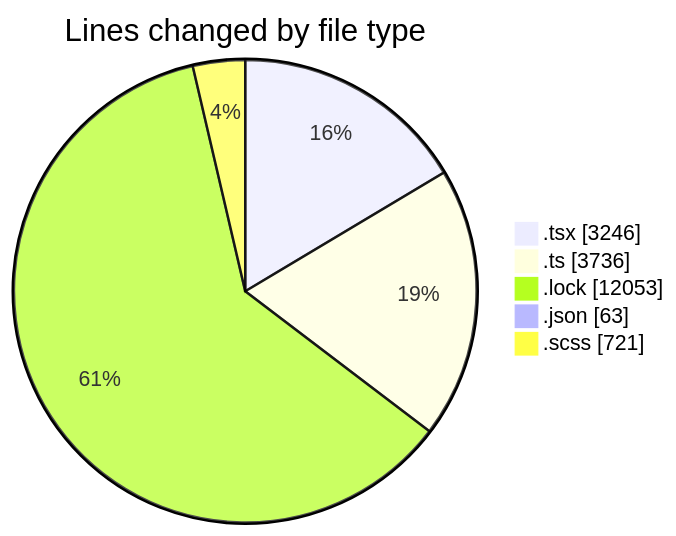
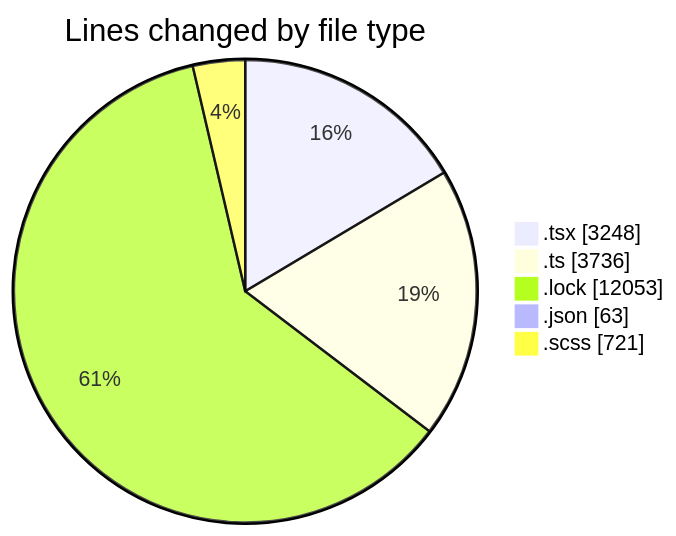
The first of 2 diagrams in 2025-12-03/cda/README.md (momahboobian/code-tracking), drawn with Mermaid before and after one commit. The commit also changed other lines of this file and 1 other file, not shown here.

````diff
--- a/2025-12-03/cda/README.md
+++ b/2025-12-03/cda/README.md
@@ -32,9 +32,9 @@
 ```mermaid
 pie showData
 title Lines changed by file type
-".tsx" : 3246
+".tsx" : 3248
 ".ts" : 3736
 ".lock" : 12053
 ".json" : 63
 ".scss" : 721
 ```
````
